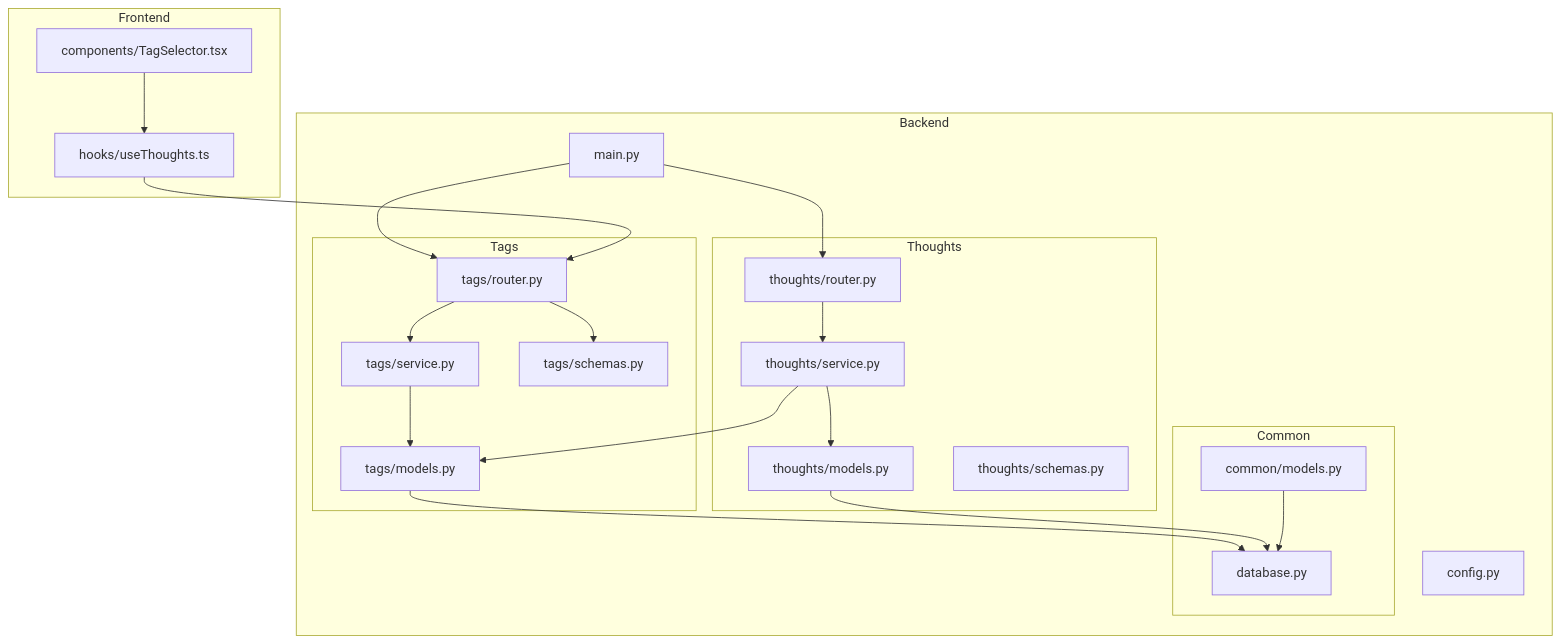
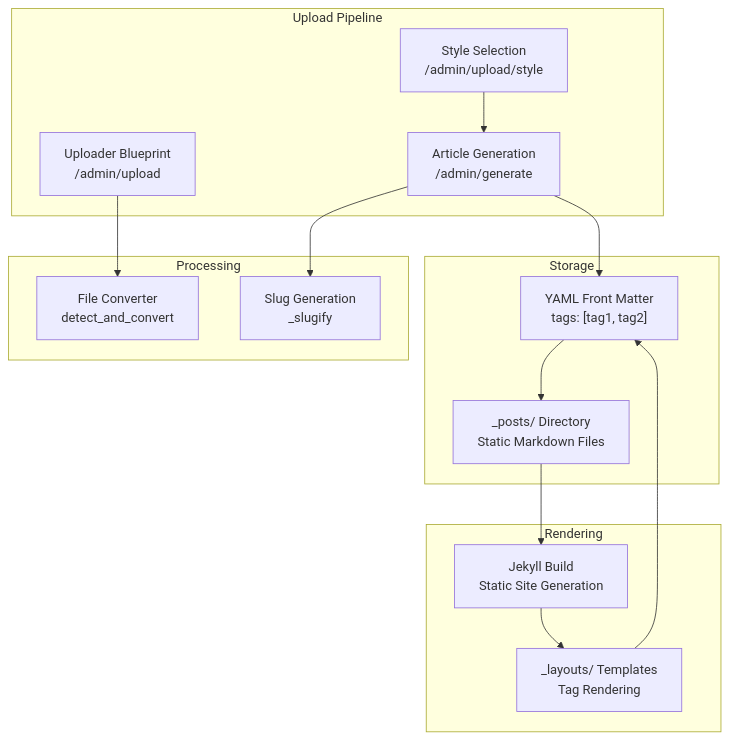
The first of 2 diagrams in .qoder/repowiki/en/content/Backend Application/Tag System.md (PolarisW007/PolaZhenJing), drawn with Mermaid before and after one commit. The commit also changed other lines of this file and 153 other files, not shown here.

````diff
--- a/.qoder/repowiki/en/content/Backend Application/Tag System.md
+++ b/.qoder/repowiki/en/content/Backend Application/Tag System.md
@@ -39,40 +40,28 @@
 ```mermaid
 graph TB
-subgraph "Backend"
-subgraph "Tags"
-TModels["tags/models.py"]
-TService["tags/service.py"]
-TSchemas["tags/schemas.py"]
-TRouter["tags/router.py"]
+subgraph "Upload Pipeline"
+Upload["Uploader Blueprint<br/>/admin/upload"]
+Style["Style Selection<br/>/admin/upload/style"]
+Generate["Article Generation<br/>/admin/generate"]
 end
-subgraph "Thoughts"
-THModels["thoughts/models.py"]
-THService["thoughts/service.py"]
-THSchemas["thoughts/schemas.py"]
-THRouter["thoughts/router.py"]
+subgraph "Processing"
+Converter["File Converter<br/>detect_and_convert"]
+Slugify["Slug Generation<br/>_slugify"]
 end
-subgraph "Common"
-CModels["common/models.py"]
-DB["database.py"]
+subgraph "Storage"
+Posts["_posts/ Directory<br/>Static Markdown Files"]
+FrontMatter["YAML Front Matter<br/>tags: [tag1, tag2]"]
 end
-Config["config.py"]
-Main["main.py"]
+subgraph "Rendering"
+Jekyll["Jekyll Build<br/>Static Site Generation"]
+Layouts["_layouts/ Templates<br/>Tag Rendering"]
 end
-subgraph "Frontend"
-FEHook["hooks/useThoughts.ts"]
-FEComp["components/TagSelector.tsx"]
-end
-TRouter --> TService
-TRouter --> TSchemas
-TService --> TModels
-TModels --> DB
-THRouter --> THService
-THService --> THModels
-THService --> TModels
-THModels --> DB
-CModels --> DB
-Main --> TRouter
-Main --> THRouter
-FEHook --> TRouter
-FEComp --> FEHook
+Upload --> Converter
+Style --> Generate
+Generate --> Slugify
+Generate --> FrontMatter
+FrontMatter --> Posts
+Posts --> Jekyll
+Jekyll --> Layouts
+Layouts --> FrontMatter
 ```
````
